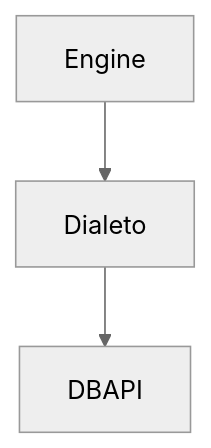
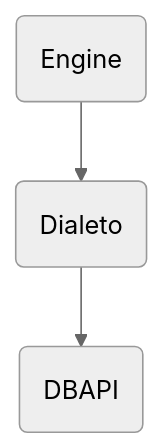
One commit to lcsgborges/my-notes changed the first of 2 diagrams in sqlalchemy.md. Above: the diagram before and after it, drawn with Mermaid (neutral theme). The commit also changed other lines of this file, not shown here.

````diff
--- a/sqlalchemy.md
+++ b/sqlalchemy.md
@@ -20,5 +20,4 @@
 ```mermaid
-graph TD;
-Engine --> Dialeto;
-Dialeto --> DBAPI;
+flowchart TD;
+A(Engine) --> B(Dialeto) --> C(DBAPI);
 ```
````
